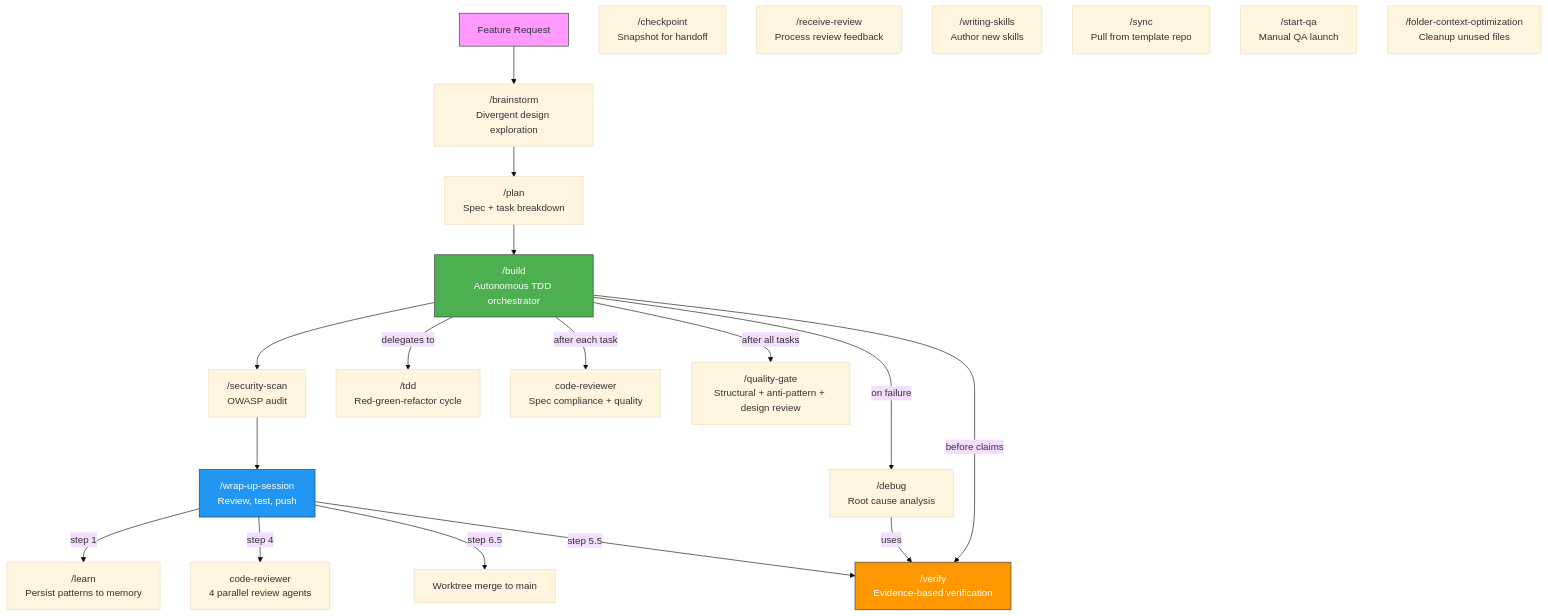
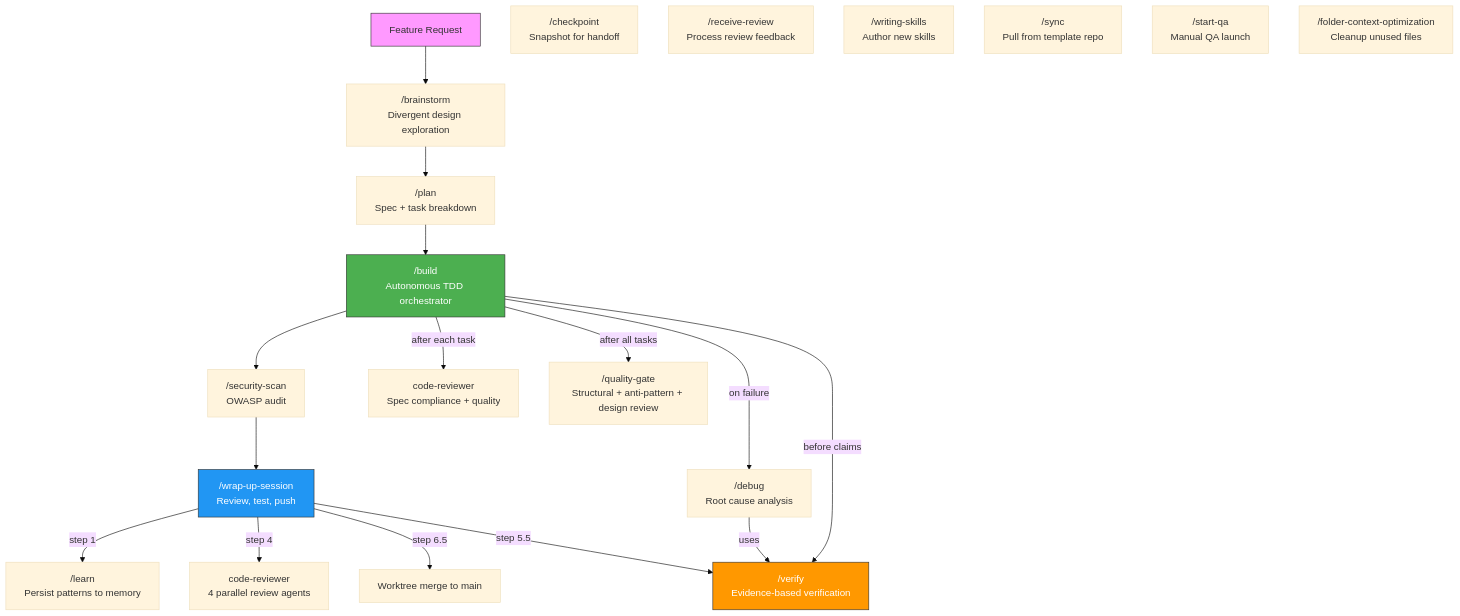
The diagram in README.md (Joaovsales/jplugin-agentic-development), drawn with Mermaid (base theme) before and after one commit. The commit also changed other lines of this file and 17 other files, not shown here.

````diff
--- a/README.md
+++ b/README.md
@@ -206,37 +206,36 @@
 ```mermaid
 flowchart TD
     A[Feature Request] --> B["/brainstorm\nDivergent design exploration"]
     B --> C["/plan\nSpec + task breakdown"]
     C --> D["/build\nAutonomous TDD orchestrator"]
     D --> E["/security-scan\nOWASP audit"]
     E --> F["/wrap-up-session\nReview, test, push"]
 
     %% Skills called by /build
-    D -->|"delegates to"| D1["/tdd\nRed-green-refactor cycle"]
     D -->|"after each task"| D2["code-reviewer\nSpec compliance + quality"]
     D -->|"on failure"| D3["/debug\nRoot cause analysis"]
     D -->|"after all tasks"| D4["/quality-gate\nStructural + anti-pattern + design review"]
     D -->|"before claims"| D5["/verify\nEvidence-based verification"]
 
     %% Skills called by /debug
     D3 -->|"uses"| D5
 
     %% Skills called by /wrap-up-session
     F -->|"step 1"| F1["/learn\nPersist patterns to memory"]
     F -->|"step 4"| F2["code-reviewer\n4 parallel review agents"]
     F -->|"step 5.5"| D5
     F -->|"step 6.5"| F3["Worktree merge to main"]
 
     %% Standalone skills
     G["/checkpoint\nSnapshot for handoff"]
     H["/receive-review\nProcess review feedback"]
     I["/writing-skills\nAuthor new skills"]
     J["/sync\nPull from template repo"]
     K["/start-qa\nManual QA launch"]
     L["/folder-context-optimization\nCleanup unused files"]
 
     style A fill:#f9f,stroke:#333
     style D fill:#4CAF50,stroke:#333,color:#fff
     style F fill:#2196F3,stroke:#333,color:#fff
     style D5 fill:#FF9800,stroke:#333,color:#fff
 ```
````
